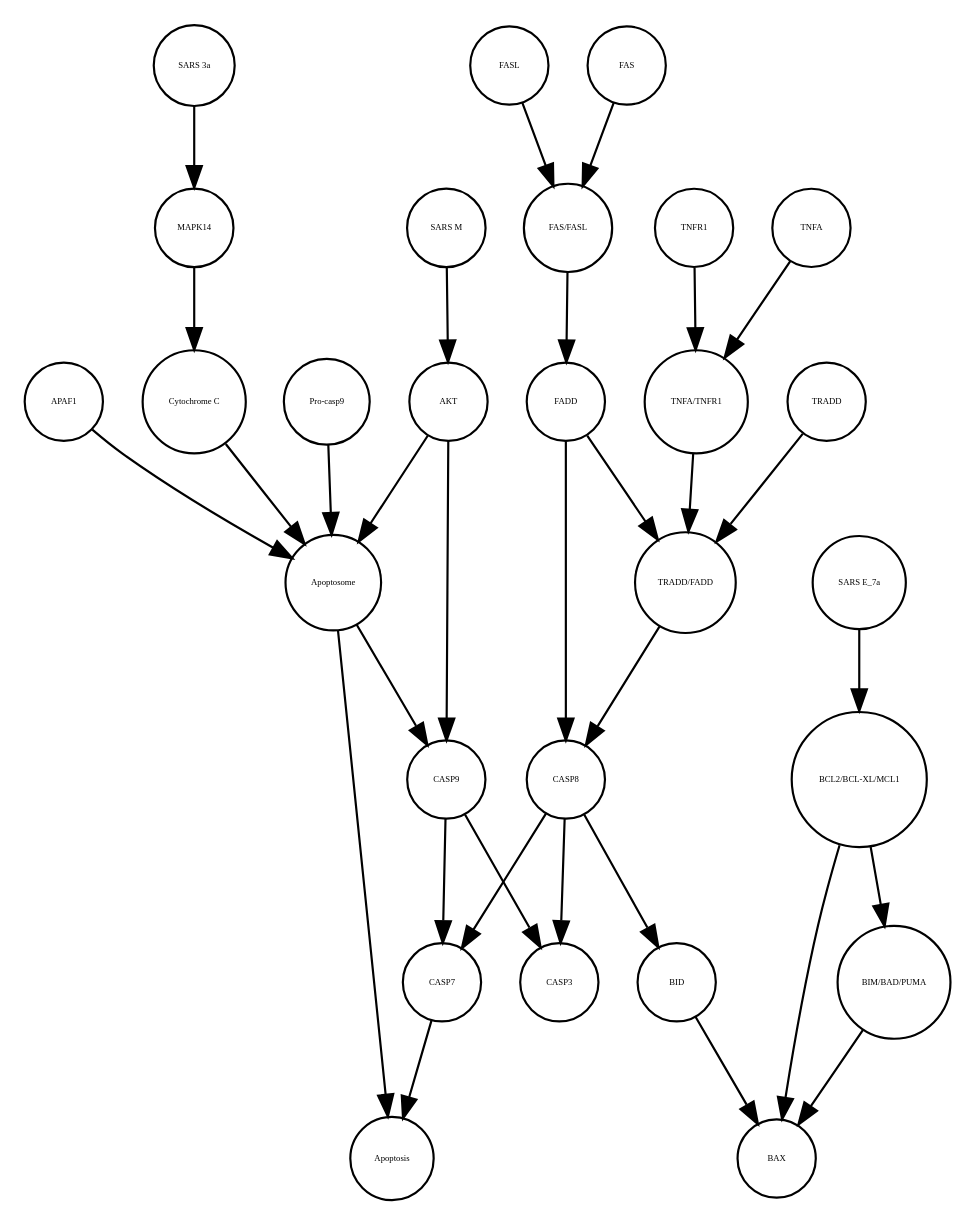
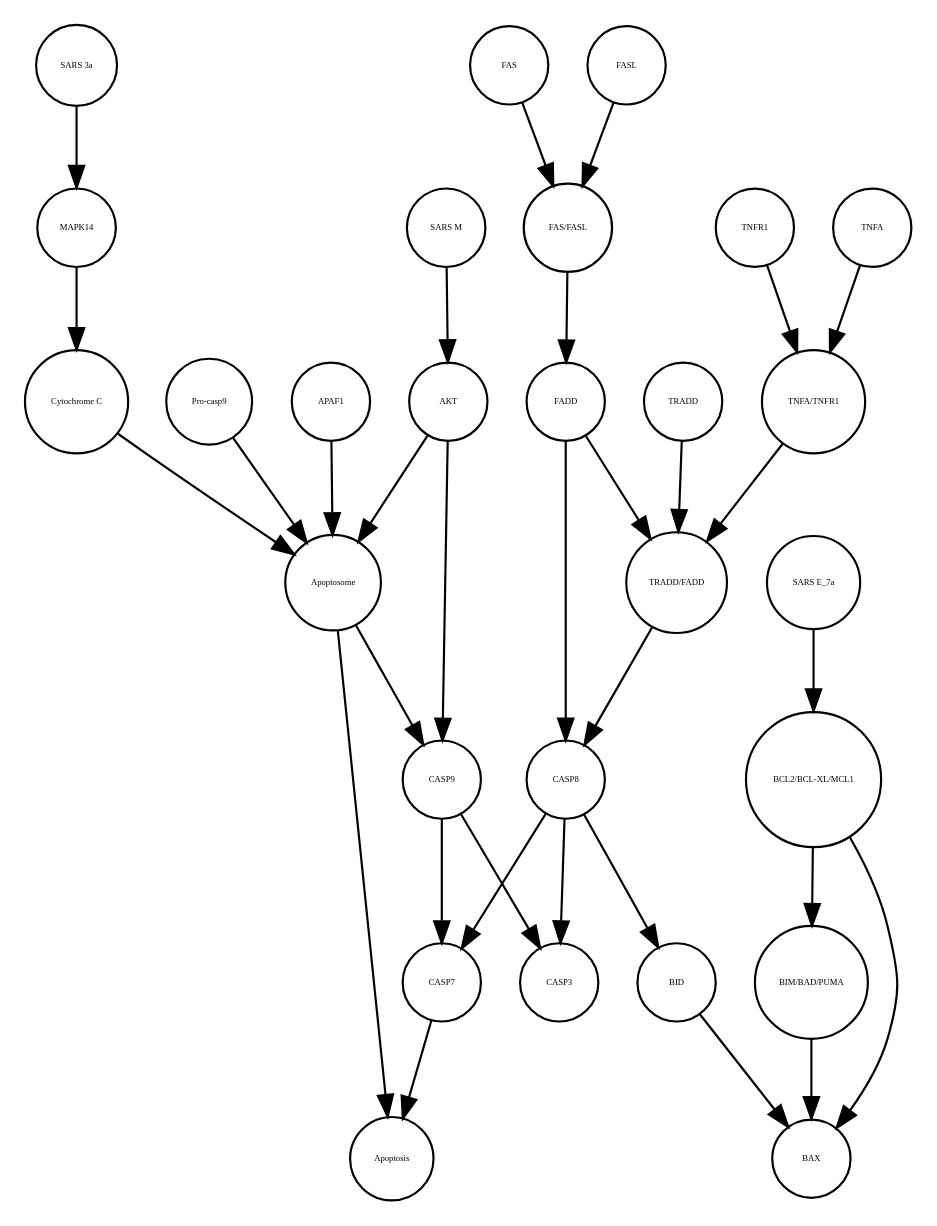
Before and after one commit to cannin/covid19-sbgn: the diagram in Apoptosis_VS_SSA_AN.xml_projected.dot, drawn with Graphviz. The commit also changed other lines of this file and 613 other files, not shown here.

```diff
--- a/Apoptosis_VS_SSA_AN.xml_projected.dot
+++ b/Apoptosis_VS_SSA_AN.xml_projected.dot
@@ -1,60 +1,60 @@
 strict digraph  {
 CASP7 [annotation="", bipartite=0, cls=macromolecule, fontsize=4, label=CASP7, shape=circle];
 Apoptosis [annotation="", bipartite=0, cls=phenotype, fontsize=4, label=Apoptosis, shape=circle];
 Apoptosome [annotation="", bipartite=0, cls=complex, fontsize=4, label=Apoptosome, shape=circle];
+"SARS M" [annotation="", bipartite=0, cls=macromolecule, fontsize=4, label="SARS M", shape=circle];
+CASP9 [annotation="", bipartite=0, cls=macromolecule, fontsize=4, label=CASP9, shape=circle];
 "SARS 3a" [annotation="", bipartite=0, cls=macromolecule, fontsize=4, label="SARS 3a", shape=circle];
+APAF1 [annotation="", bipartite=0, cls=macromolecule, fontsize=4, label=APAF1, shape=circle];
+TRADD [annotation="", bipartite=0, cls=macromolecule, fontsize=4, label=TRADD, shape=circle];
+FASL [annotation="", bipartite=0, cls=macromolecule, fontsize=4, label=FASL, shape=circle];
+BID [annotation="", bipartite=0, cls=macromolecule, fontsize=4, label=BID, shape=circle];
+TNFR1 [annotation="", bipartite=0, cls=macromolecule, fontsize=4, label=TNFR1, shape=circle];
+BAX [annotation="", bipartite=0, cls=macromolecule, fontsize=4, label=BAX, shape=circle];
+"TNFA/TNFR1" [annotation="", bipartite=0, cls=complex, fontsize=4, label="TNFA/TNFR1", shape=circle];
+"TRADD/FADD" [annotation="", bipartite=0, cls=complex, fontsize=4, label="TRADD/FADD", shape=circle];
+"BIM/BAD/PUMA" [annotation="", bipartite=0, cls=complex, fontsize=4, label="BIM/BAD/PUMA", shape=circle];
+"BCL2/BCL-XL/MCL1" [annotation="", bipartite=0, cls=complex, fontsize=4, label="BCL2/BCL-XL/MCL1", shape=circle];
+"FAS/FASL" [annotation="", bipartite=0, cls=complex, fontsize=4, label="FAS/FASL", shape=circle];
+AKT [annotation="", bipartite=0, cls=macromolecule, fontsize=4, label=AKT, shape=circle];
+MAPK14 [annotation="", bipartite=0, cls=macromolecule, fontsize=4, label=MAPK14, shape=circle];
+FADD [annotation="", bipartite=0, cls=macromolecule, fontsize=4, label=FADD, shape=circle];
+CASP8 [annotation="", bipartite=0, cls=macromolecule, fontsize=4, label=CASP8, shape=circle];
+FAS [annotation="", bipartite=0, cls=macromolecule, fontsize=4, label=FAS, shape=circle];
 CASP3 [annotation="", bipartite=0, cls=macromolecule, fontsize=4, label=CASP3, shape=circle];
-FAS [annotation="", bipartite=0, cls=macromolecule, fontsize=4, label=FAS, shape=circle];
-APAF1 [annotation="", bipartite=0, cls=macromolecule, fontsize=4, label=APAF1, shape=circle];
-TNFR1 [annotation="", bipartite=0, cls=macromolecule, fontsize=4, label=TNFR1, shape=circle];
-FASL [annotation="", bipartite=0, cls=macromolecule, fontsize=4, label=FASL, shape=circle];
-"SARS M" [annotation="", bipartite=0, cls=macromolecule, fontsize=4, label="SARS M", shape=circle];
+"Pro-casp9" [annotation="", bipartite=0, cls=macromolecule, fontsize=4, label="Pro-casp9", shape=circle];
+"Cytochrome C" [annotation="", bipartite=0, cls=macromolecule, fontsize=4, label="Cytochrome C", shape=circle];
+"SARS E_7a" [annotation="", bipartite=0, cls=macromolecule, fontsize=4, label="SARS E_7a", shape=circle];
 TNFA [annotation="", bipartite=0, cls=macromolecule, fontsize=4, label=TNFA, shape=circle];
-AKT [annotation="", bipartite=0, cls=macromolecule, fontsize=4, label=AKT, shape=circle];
-"TNFA/TNFR1" [annotation="", bipartite=0, cls=complex, fontsize=4, label="TNFA/TNFR1", shape=circle];
-TRADD [annotation="", bipartite=0, cls=macromolecule, fontsize=4, label=TRADD, shape=circle];
-"TRADD/FADD" [annotation="", bipartite=0, cls=complex, fontsize=4, label="TRADD/FADD", shape=circle];
-"SARS E_7a" [annotation="", bipartite=0, cls=macromolecule, fontsize=4, label="SARS E_7a", shape=circle];
-"Cytochrome C" [annotation="", bipartite=0, cls=macromolecule, fontsize=4, label="Cytochrome C", shape=circle];
-"FAS/FASL" [annotation="", bipartite=0, cls=complex, fontsize=4, label="FAS/FASL", shape=circle];
-"Pro-casp9" [annotation="", bipartite=0, cls=macromolecule, fontsize=4, label="Pro-casp9", shape=circle];
-BID [annotation="", bipartite=0, cls=macromolecule, fontsize=4, label=BID, shape=circle];
-CASP9 [annotation="", bipartite=0, cls=macromolecule, fontsize=4, label=CASP9, shape=circle];
-FADD [annotation="", bipartite=0, cls=macromolecule, fontsize=4, label=FADD, shape=circle];
-"BCL2/BCL-XL/MCL1" [annotation="", bipartite=0, cls=complex, fontsize=4, label="BCL2/BCL-XL/MCL1", shape=circle];
-CASP8 [annotation="", bipartite=0, cls=macromolecule, fontsize=4, label=CASP8, shape=circle];
-"BIM/BAD/PUMA" [annotation="", bipartite=0, cls=complex, fontsize=4, label="BIM/BAD/PUMA", shape=circle];
-MAPK14 [annotation="", bipartite=0, cls=macromolecule, fontsize=4, label=MAPK14, shape=circle];
-BAX [annotation="", bipartite=0, cls=macromolecule, fontsize=4, label=BAX, shape=circle];
 CASP7 -> Apoptosis  [annotation="", interaction_type=stimulation];
 Apoptosome -> Apoptosis  [annotation="", interaction_type=stimulation];
 Apoptosome -> CASP9  [annotation="urn_miriam_kegg.pathway_hsa04210", interaction_type=catalysis];
-"SARS 3a" -> MAPK14  [annotation=urn_miriam_pubmed_31226023, interaction_type=catalysis];
-FAS -> "FAS/FASL"  [annotation="", interaction_type=production];
-APAF1 -> Apoptosome  [annotation="", interaction_type=production];
-TNFR1 -> "TNFA/TNFR1"  [annotation="", interaction_type=production];
-FASL -> "FAS/FASL"  [annotation="", interaction_type=production];
 "SARS M" -> AKT  [annotation=urn_miriam_pubmed_31226023, interaction_type=inhibition];
-TNFA -> "TNFA/TNFR1"  [annotation="", interaction_type=production];
-AKT -> CASP9  [annotation="urn_miriam_kegg.pathway_hsa04210", interaction_type=inhibition];
-AKT -> Apoptosome  [annotation="urn_miriam_kegg.pathway_hsa04210", interaction_type=inhibition];
-"TNFA/TNFR1" -> "TRADD/FADD"  [annotation="urn_miriam_kegg.pathway_hsa04210", interaction_type=catalysis];
-TRADD -> "TRADD/FADD"  [annotation="", interaction_type=production];
-"TRADD/FADD" -> CASP8  [annotation="urn_miriam_kegg.pathway_hsa04210", interaction_type=catalysis];
-"SARS E_7a" -> "BCL2/BCL-XL/MCL1"  [annotation="", interaction_type=inhibition];
-"Cytochrome C" -> Apoptosome  [annotation="", interaction_type=production];
-"FAS/FASL" -> FADD  [annotation="urn_miriam_kegg.pathway_hsa04210", interaction_type=catalysis];
-"Pro-casp9" -> Apoptosome  [annotation="", interaction_type=production];
-BID -> BAX  [annotation=urn_miriam_pubmed_31226023, interaction_type=catalysis];
 CASP9 -> CASP3  [annotation="urn_miriam_kegg.pathway_hsa04210", interaction_type=catalysis];
 CASP9 -> CASP7  [annotation="urn_miriam_kegg.pathway_hsa04210", interaction_type=catalysis];
+"SARS 3a" -> MAPK14  [annotation=urn_miriam_pubmed_31226023, interaction_type=catalysis];
+APAF1 -> Apoptosome  [annotation="", interaction_type=production];
+TRADD -> "TRADD/FADD"  [annotation="", interaction_type=production];
+FASL -> "FAS/FASL"  [annotation="", interaction_type=production];
+BID -> BAX  [annotation=urn_miriam_pubmed_31226023, interaction_type=catalysis];
+TNFR1 -> "TNFA/TNFR1"  [annotation="", interaction_type=production];
+"TNFA/TNFR1" -> "TRADD/FADD"  [annotation="urn_miriam_kegg.pathway_hsa04210", interaction_type=catalysis];
+"TRADD/FADD" -> CASP8  [annotation="urn_miriam_kegg.pathway_hsa04210", interaction_type=catalysis];
+"BIM/BAD/PUMA" -> BAX  [annotation=urn_miriam_pubmed_31226023, interaction_type=catalysis];
+"BCL2/BCL-XL/MCL1" -> BAX  [annotation=urn_miriam_pubmed_31226023, interaction_type=inhibition];
+"BCL2/BCL-XL/MCL1" -> "BIM/BAD/PUMA"  [annotation="", interaction_type=inhibition];
+"FAS/FASL" -> FADD  [annotation="urn_miriam_kegg.pathway_hsa04210", interaction_type=catalysis];
+AKT -> Apoptosome  [annotation="urn_miriam_kegg.pathway_hsa04210", interaction_type=inhibition];
+AKT -> CASP9  [annotation="urn_miriam_kegg.pathway_hsa04210", interaction_type=inhibition];
+MAPK14 -> "Cytochrome C"  [annotation="urn_miriam_kegg.pathway_hsa04210|urn_miriam_pubmed_31226023", interaction_type=catalysis];
+FADD -> CASP8  [annotation="urn_miriam_kegg.pathway_hsa04210", interaction_type=catalysis];
 FADD -> "TRADD/FADD"  [annotation="", interaction_type=production];
-FADD -> CASP8  [annotation="urn_miriam_kegg.pathway_hsa04210", interaction_type=catalysis];
-"BCL2/BCL-XL/MCL1" -> "BIM/BAD/PUMA"  [annotation="", interaction_type=inhibition];
-"BCL2/BCL-XL/MCL1" -> BAX  [annotation=urn_miriam_pubmed_31226023, interaction_type=inhibition];
 CASP8 -> CASP3  [annotation="urn_miriam_kegg.pathway_hsa04210", interaction_type=catalysis];
 CASP8 -> CASP7  [annotation="urn_miriam_kegg.pathway_hsa04210", interaction_type=catalysis];
 CASP8 -> BID  [annotation="urn_miriam_kegg.pathway_hsa04210", interaction_type=catalysis];
-"BIM/BAD/PUMA" -> BAX  [annotation=urn_miriam_pubmed_31226023, interaction_type=catalysis];
-MAPK14 -> "Cytochrome C"  [annotation="urn_miriam_kegg.pathway_hsa04210|urn_miriam_pubmed_31226023", interaction_type=catalysis];
+FAS -> "FAS/FASL"  [annotation="", interaction_type=production];
+"Pro-casp9" -> Apoptosome  [annotation="", interaction_type=production];
+"Cytochrome C" -> Apoptosome  [annotation="", interaction_type=production];
+"SARS E_7a" -> "BCL2/BCL-XL/MCL1"  [annotation="", interaction_type=inhibition];
+TNFA -> "TNFA/TNFR1"  [annotation="", interaction_type=production];
 }
```
